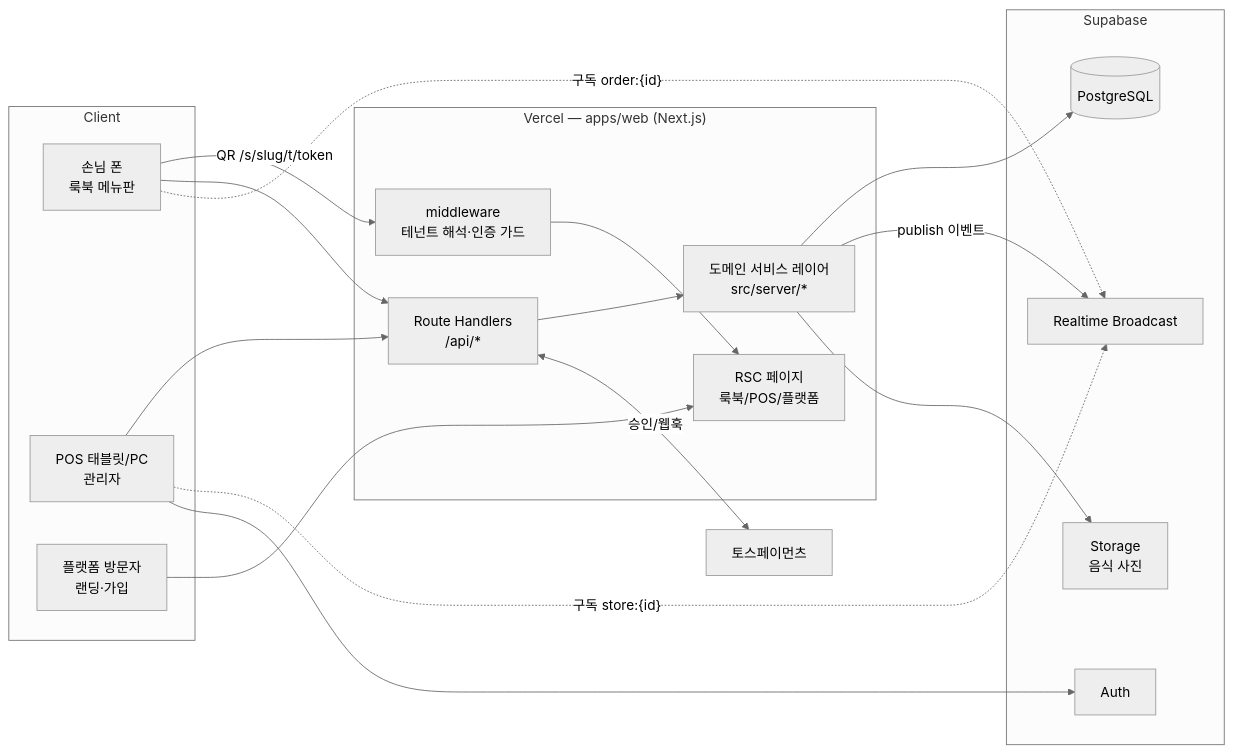
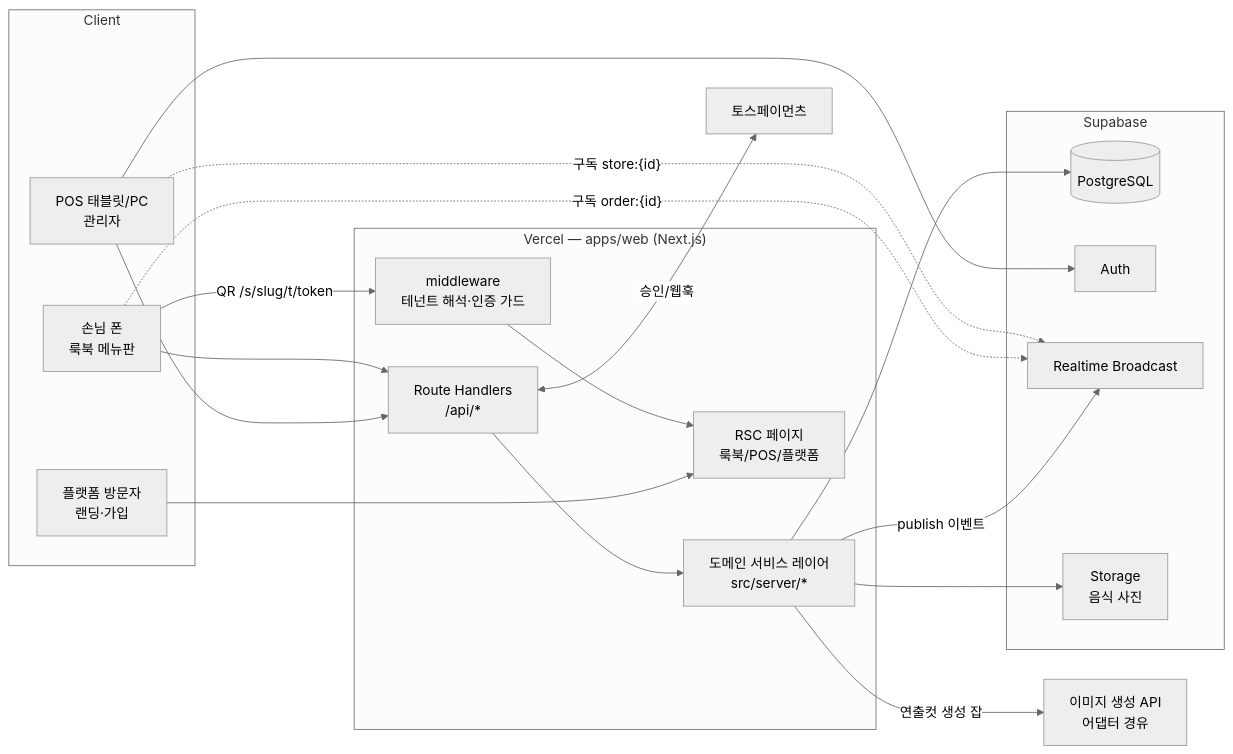
One commit to papascompany/intranet changed the diagram in table-order/docs/02-architecture.md. Above: the diagram before and after it, drawn with Mermaid (neutral theme). The commit also changed other lines of this file and 13 other files, not shown here.

````diff
--- a/table-order/docs/02-architecture.md
+++ b/table-order/docs/02-architecture.md
@@ -24,36 +25,38 @@
 ```mermaid
 flowchart LR
     subgraph Client
         G[손님 폰<br/>룩북 메뉴판]
         P[POS 태블릿/PC<br/>관리자]
         L[플랫폼 방문자<br/>랜딩·가입]
     end
 
     subgraph Vercel["Vercel — apps/web (Next.js)"]
         MW[middleware<br/>테넌트 해석·인증 가드]
         RSC[RSC 페이지<br/>룩북/POS/플랫폼]
         API[Route Handlers<br/>/api/*]
         SRV[도메인 서비스 레이어<br/>src/server/*]
     end
 
     subgraph Supabase
         PG[(PostgreSQL)]
         AUTH[Auth]
         RT[Realtime Broadcast]
         ST[Storage<br/>음식 사진]
     end
 
     TOSS[토스페이먼츠]
+    AIGEN[이미지 생성 API<br/>어댑터 경유]
 
     G -->|QR /s/slug/t/token| MW --> RSC
     G --> API
     P --> API
     P -.구독 store:{id}.-> RT
     G -.구독 order:{id}.-> RT
     L --> RSC
     API --> SRV --> PG
     SRV -->|publish 이벤트| RT
     SRV --> ST
     P --> AUTH
     API <-->|승인/웹훅| TOSS
+    SRV -->|연출컷 생성 잡| AIGEN
 ```
````
